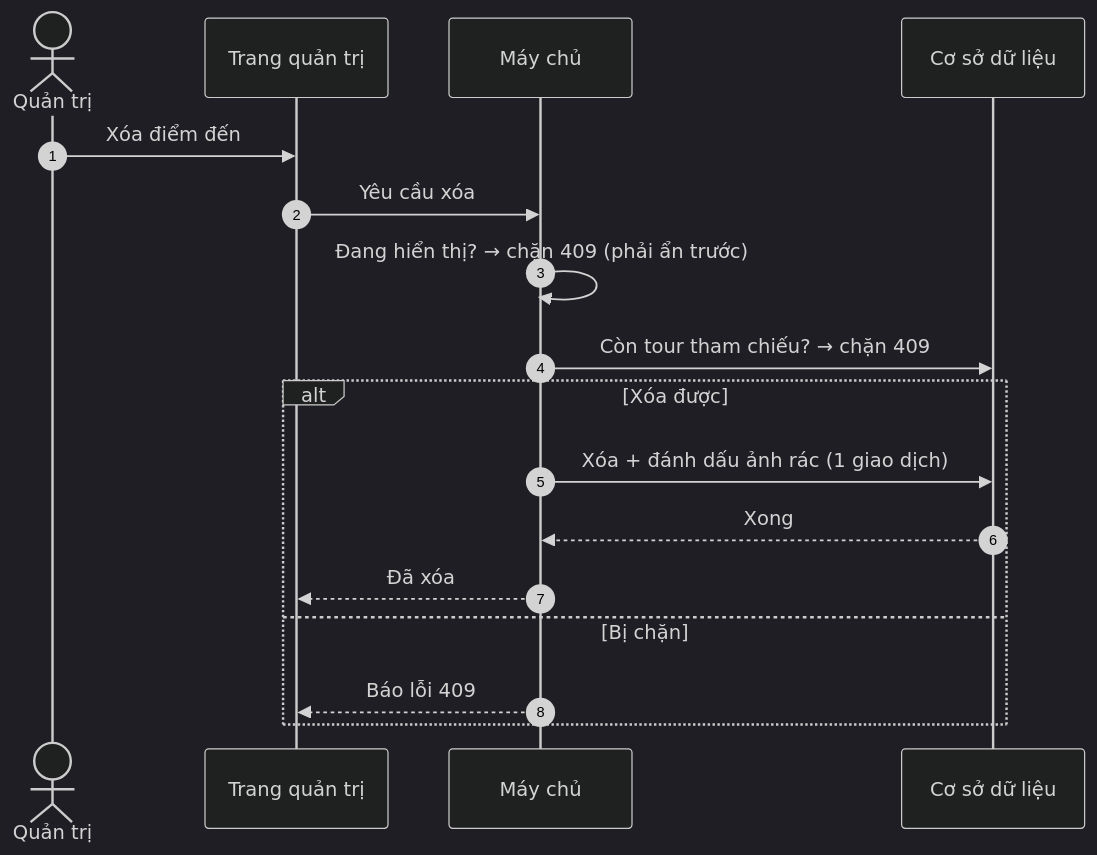
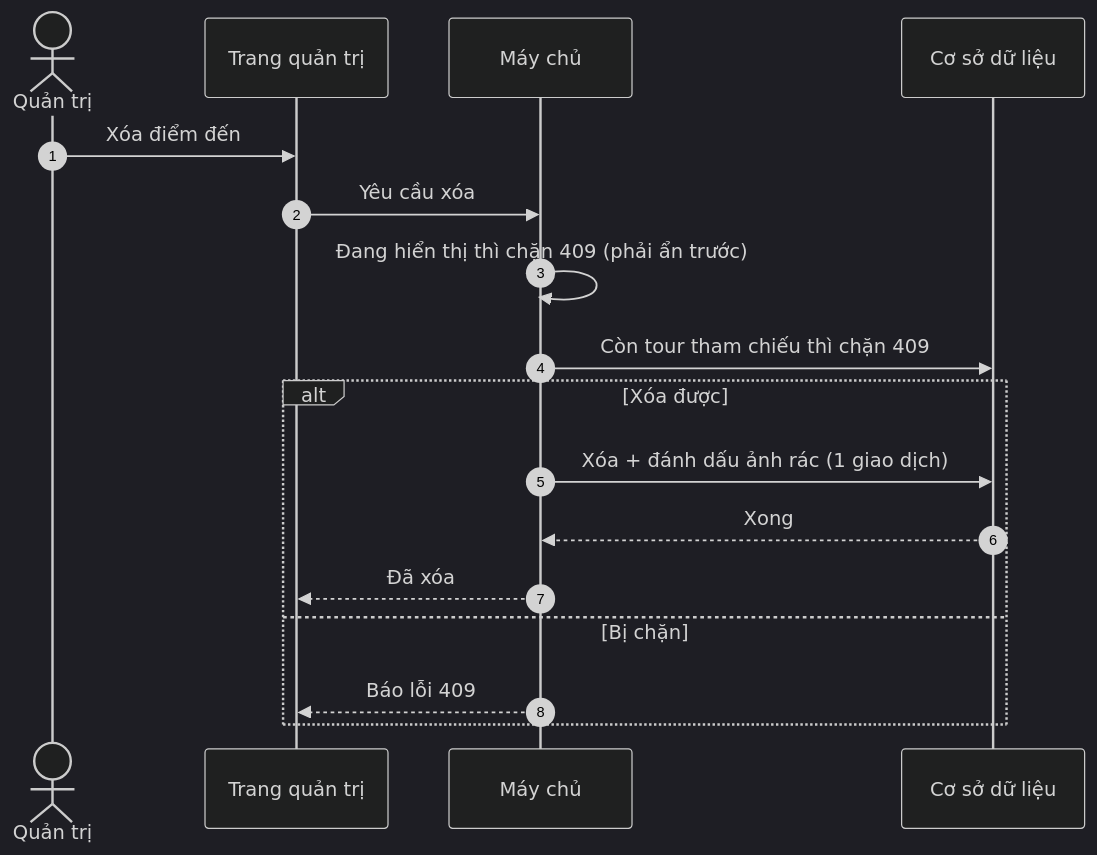
One commit to yurivolkov21/Tourism-Platform changed diagram 12 of 36 in docs/03-reference/diagrams-admin.md. Above: the diagram before and after it, drawn with Mermaid (dark theme). The commit also changed other lines of this file and 3 other files, not shown here.

First line of the commit message:
docs(reference): fix Mermaid rendering — drop ; and unicode arrows from messages

````diff
--- a/docs/03-reference/diagrams-admin.md
+++ b/docs/03-reference/diagrams-admin.md
@@ -240,19 +240,19 @@
 ```mermaid
 sequenceDiagram
     autonumber
     actor AD as Quản trị
     participant FE as Trang quản trị
     participant API as Máy chủ
     participant DB as Cơ sở dữ liệu
     AD->>FE: Xóa điểm đến
     FE->>API: Yêu cầu xóa
-    API->>API: Đang hiển thị? → chặn 409 (phải ẩn trước)
-    API->>DB: Còn tour tham chiếu? → chặn 409
+    API->>API: Đang hiển thị thì chặn 409 (phải ẩn trước)
+    API->>DB: Còn tour tham chiếu thì chặn 409
     alt Xóa được
         API->>DB: Xóa + đánh dấu ảnh rác (1 giao dịch)
         DB-->>API: Xong
         API-->>FE: Đã xóa
     else Bị chặn
         API-->>FE: Báo lỗi 409
     end
 ```
````
